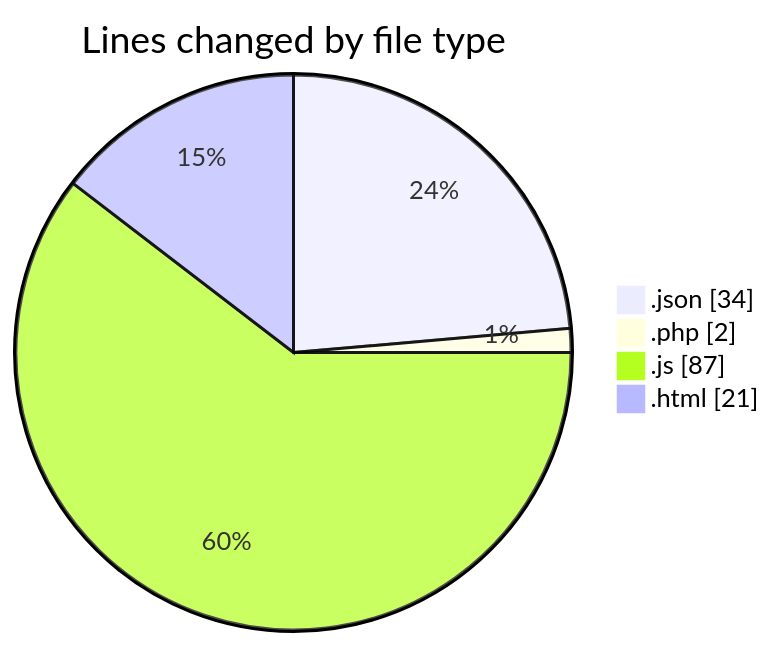
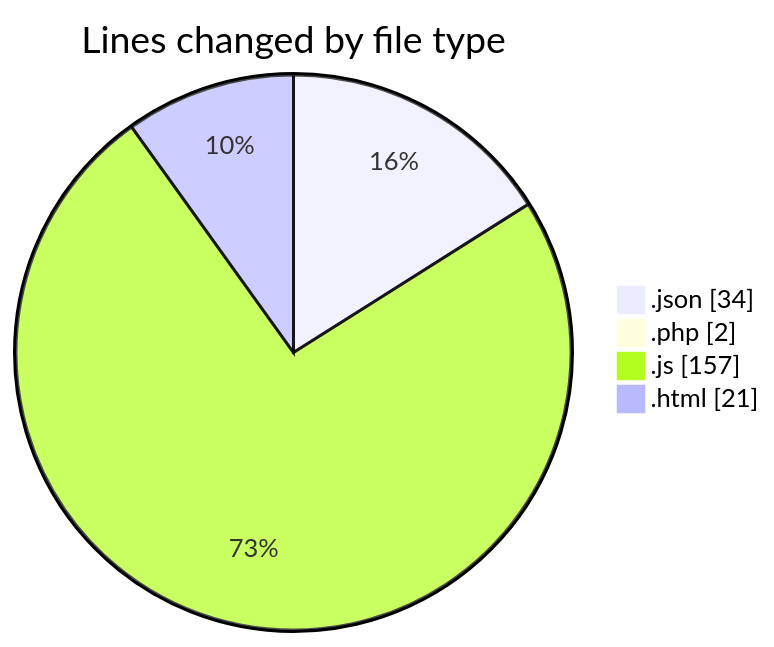
Before and after one commit to LanceThiago/code-tracking: the first of 2 diagrams in 2025-03-27/kml/README.md, drawn with Mermaid. The commit also changed other lines of this file and 1 other file, not shown here.

````diff
--- a/2025-03-27/kml/README.md
+++ b/2025-03-27/kml/README.md
@@ -25,8 +25,8 @@
 ```mermaid
 pie showData
 title Lines changed by file type
 ".json" : 34
 ".php" : 2
-".js" : 87
+".js" : 157
 ".html" : 21
 ```
````
